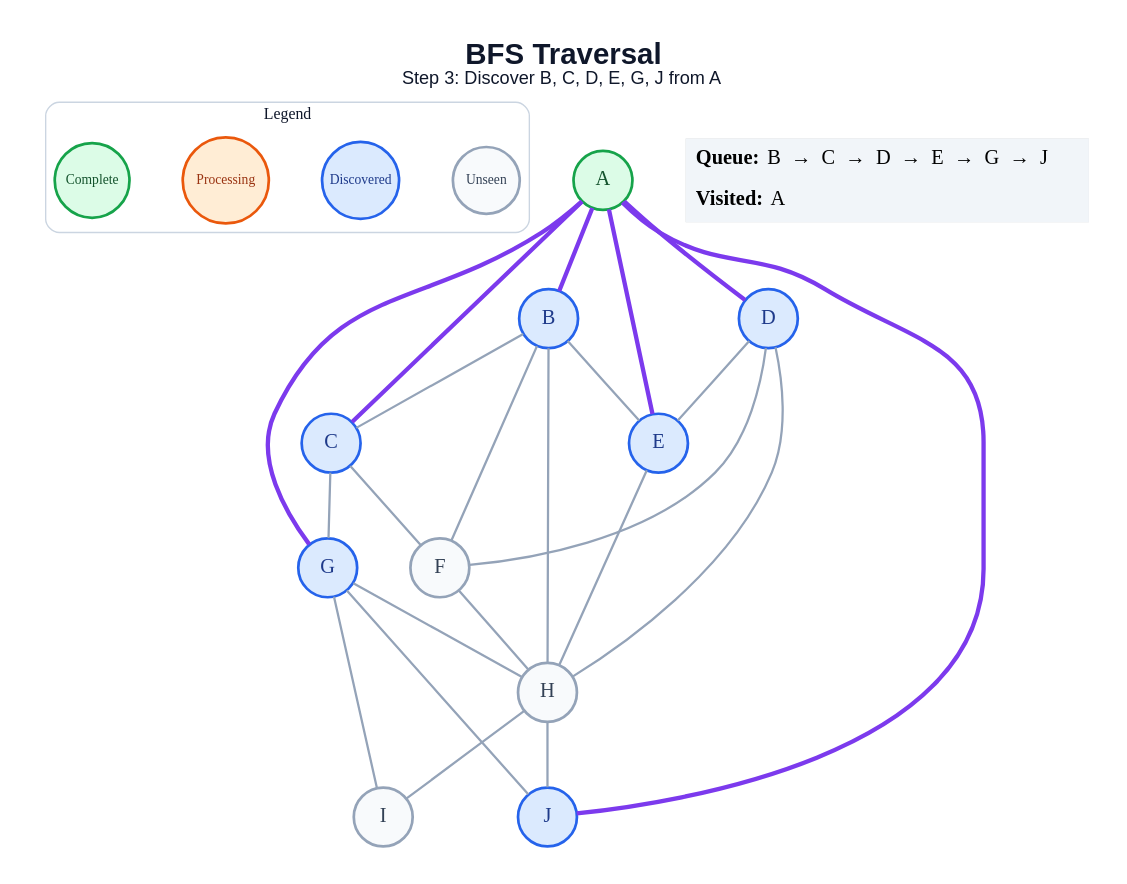
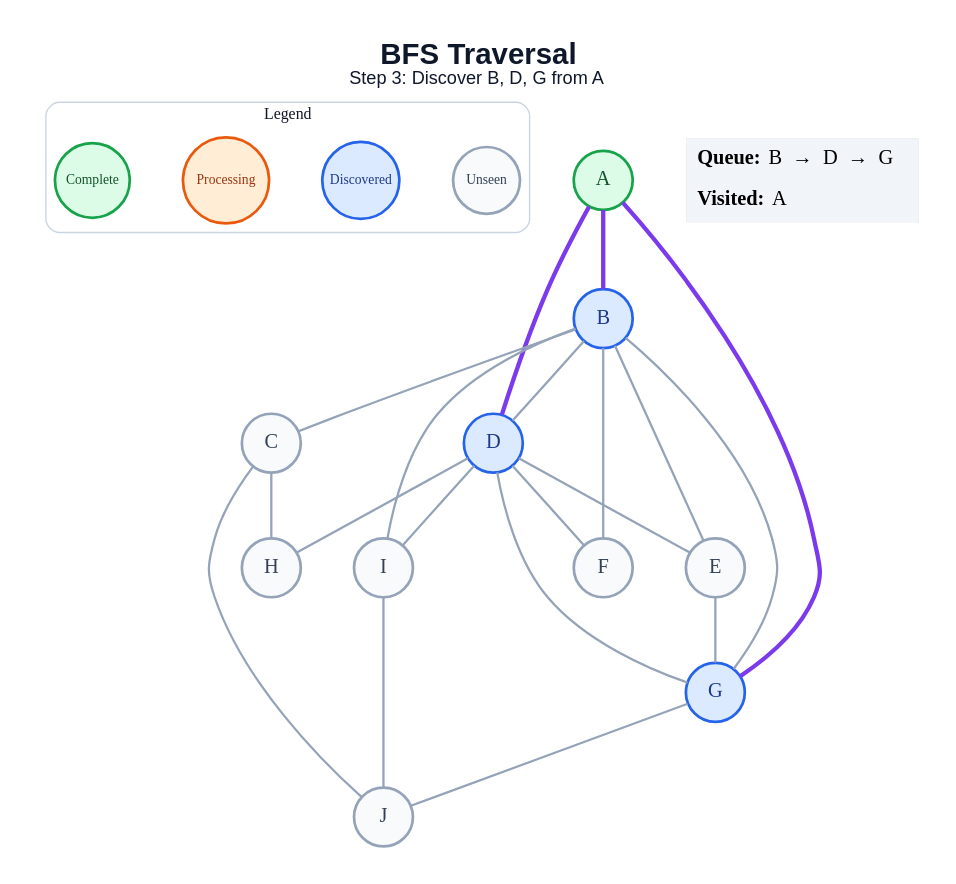
One commit to anon7238593-create/ai-slop changed the diagram in generated/bfs/step_03.dot. Above: the diagram before and after it, drawn with Graphviz. The commit also changed 178 other files, not shown here.

```diff
--- a/generated/bfs/step_03.dot
+++ b/generated/bfs/step_03.dot
@@ -1,51 +1,48 @@
 graph traversal {
   graph [layout=dot, rankdir=TB, bgcolor="#FFFFFF", pad="0.35", nodesep="0.65", ranksep="0.8", fontname="Arial"];
   node [shape=circle, style="filled", fontname="Arial Bold", fontsize=18, width=0.72, fixedsize=true, penwidth=2.4];
   edge [color="#94A3B8", penwidth=2.0];
-  label=<<B>BFS Traversal</B><BR/><FONT POINT-SIZE="16">Step 3: Discover B, C, D, E, G, J from A</FONT>>; labelloc="t"; fontsize=26; fontname="Arial"; fontcolor="#0F172A";
+  label=<<B>BFS Traversal</B><BR/><FONT POINT-SIZE="16">Step 3: Discover B, D, G from A</FONT>>; labelloc="t"; fontsize=26; fontname="Arial"; fontcolor="#0F172A";
   subgraph cluster_legend { label="Legend"; color="#CBD5E1"; penwidth=1.2; style="rounded"; fontsize=14; fontname="Arial Bold";
     key_unseen [label="Unseen", fillcolor="#F8FAFC", color="#94A3B8", fontcolor="#334155", fontsize=12, width=0.82];
     key_frontier [label="Discovered", fillcolor="#DBEAFE", color="#2563EB", fontcolor="#1E3A8A", fontsize=12, width=0.95];
     key_current [label="Processing", fillcolor="#FFEDD5", color="#EA580C", fontcolor="#9A3412", fontsize=12, width=1.05];
     key_done [label="Complete", fillcolor="#DCFCE7", color="#16A34A", fontcolor="#14532D", fontsize=12, width=0.92];
     { rank=same; key_unseen; key_frontier; key_current; key_done; }
   }
   A [fillcolor="#DCFCE7", color="#16A34A", fontcolor="#14532D"];
   B [fillcolor="#DBEAFE", color="#2563EB", fontcolor="#1E3A8A"];
-  C [fillcolor="#DBEAFE", color="#2563EB", fontcolor="#1E3A8A"];
+  C [fillcolor="#F8FAFC", color="#94A3B8", fontcolor="#334155"];
   D [fillcolor="#DBEAFE", color="#2563EB", fontcolor="#1E3A8A"];
-  E [fillcolor="#DBEAFE", color="#2563EB", fontcolor="#1E3A8A"];
+  E [fillcolor="#F8FAFC", color="#94A3B8", fontcolor="#334155"];
   F [fillcolor="#F8FAFC", color="#94A3B8", fontcolor="#334155"];
   G [fillcolor="#DBEAFE", color="#2563EB", fontcolor="#1E3A8A"];
   H [fillcolor="#F8FAFC", color="#94A3B8", fontcolor="#334155"];
   I [fillcolor="#F8FAFC", color="#94A3B8", fontcolor="#334155"];
-  J [fillcolor="#DBEAFE", color="#2563EB", fontcolor="#1E3A8A"];
+  J [fillcolor="#F8FAFC", color="#94A3B8", fontcolor="#334155"];
   A -- B [color="#7C3AED", penwidth=3.8];
-  A -- C [color="#7C3AED", penwidth=3.8];
   A -- D [color="#7C3AED", penwidth=3.8];
-  A -- E [color="#7C3AED", penwidth=3.8];
   A -- G [color="#7C3AED", penwidth=3.8];
-  A -- J [color="#7C3AED", penwidth=3.8];
   B -- C;
+  B -- D;
   B -- E;
   B -- F;
-  B -- H;
-  C -- F;
-  C -- G;
+  B -- G;
+  B -- I;
+  C -- H;
+  C -- J;
   D -- E;
   D -- F;
+  D -- G;
   D -- H;
-  E -- H;
-  F -- H;
-  G -- H;
-  G -- I;
+  D -- I;
+  E -- G;
   G -- J;
-  H -- I;
-  H -- J;
+  I -- J;
   status [shape=plain, fixedsize=false, width=0, height=0, margin=0, label=<
     <TABLE BORDER="0" CELLBORDER="0" CELLPADDING="7" BGCOLOR="#F1F5F9">
-      <TR><TD ALIGN="LEFT"><B>Queue:</B> B  →  C  →  D  →  E  →  G  →  J</TD></TR>
+      <TR><TD ALIGN="LEFT"><B>Queue:</B> B  →  D  →  G</TD></TR>
       <TR><TD ALIGN="LEFT"><B>Visited:</B> A</TD></TR>
     </TABLE>
   >];
 }
```
